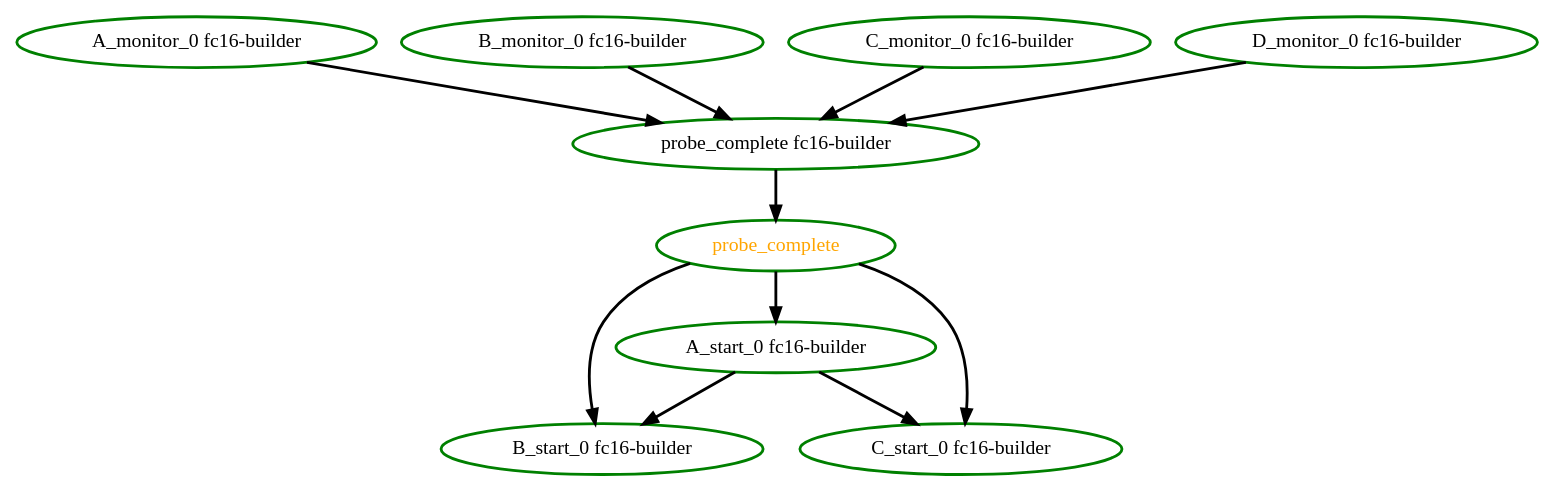
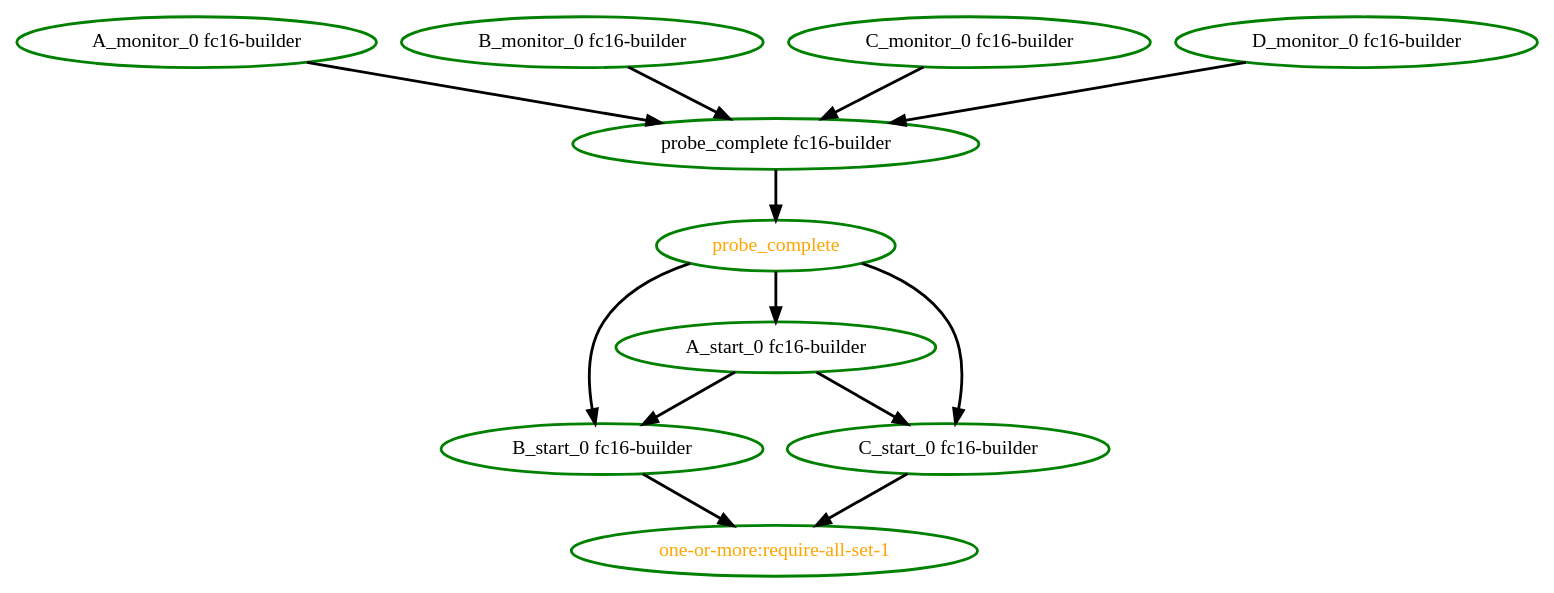
The diagram in pengine/test10/one-or-more-4.dot (ClusterLabs/pacemaker), drawn with Graphviz before and after one commit. The commit also changed 9 other files, not shown here.

```diff
--- a/pengine/test10/one-or-more-4.dot
+++ b/pengine/test10/one-or-more-4.dot
@@ -1,21 +1,24 @@
 digraph "g" {
 "A_monitor_0 fc16-builder" -> "probe_complete fc16-builder" [ style = bold]
 "A_monitor_0 fc16-builder" [ style=bold color="green" fontcolor="black"]
 "A_start_0 fc16-builder" -> "B_start_0 fc16-builder" [ style = bold]
 "A_start_0 fc16-builder" -> "C_start_0 fc16-builder" [ style = bold]
 "A_start_0 fc16-builder" [ style=bold color="green" fontcolor="black"]
 "B_monitor_0 fc16-builder" -> "probe_complete fc16-builder" [ style = bold]
 "B_monitor_0 fc16-builder" [ style=bold color="green" fontcolor="black"]
+"B_start_0 fc16-builder" -> "one-or-more:require-all-set-1" [ style = bold]
 "B_start_0 fc16-builder" [ style=bold color="green" fontcolor="black"]
 "C_monitor_0 fc16-builder" -> "probe_complete fc16-builder" [ style = bold]
 "C_monitor_0 fc16-builder" [ style=bold color="green" fontcolor="black"]
+"C_start_0 fc16-builder" -> "one-or-more:require-all-set-1" [ style = bold]
 "C_start_0 fc16-builder" [ style=bold color="green" fontcolor="black"]
 "D_monitor_0 fc16-builder" -> "probe_complete fc16-builder" [ style = bold]
 "D_monitor_0 fc16-builder" [ style=bold color="green" fontcolor="black"]
+"one-or-more:require-all-set-1" [ style=bold color="green" fontcolor="orange"]
 "probe_complete fc16-builder" -> "probe_complete" [ style = bold]
 "probe_complete fc16-builder" [ style=bold color="green" fontcolor="black"]
 "probe_complete" -> "A_start_0 fc16-builder" [ style = bold]
 "probe_complete" -> "B_start_0 fc16-builder" [ style = bold]
 "probe_complete" -> "C_start_0 fc16-builder" [ style = bold]
 "probe_complete" [ style=bold color="green" fontcolor="orange"]
 }
```
